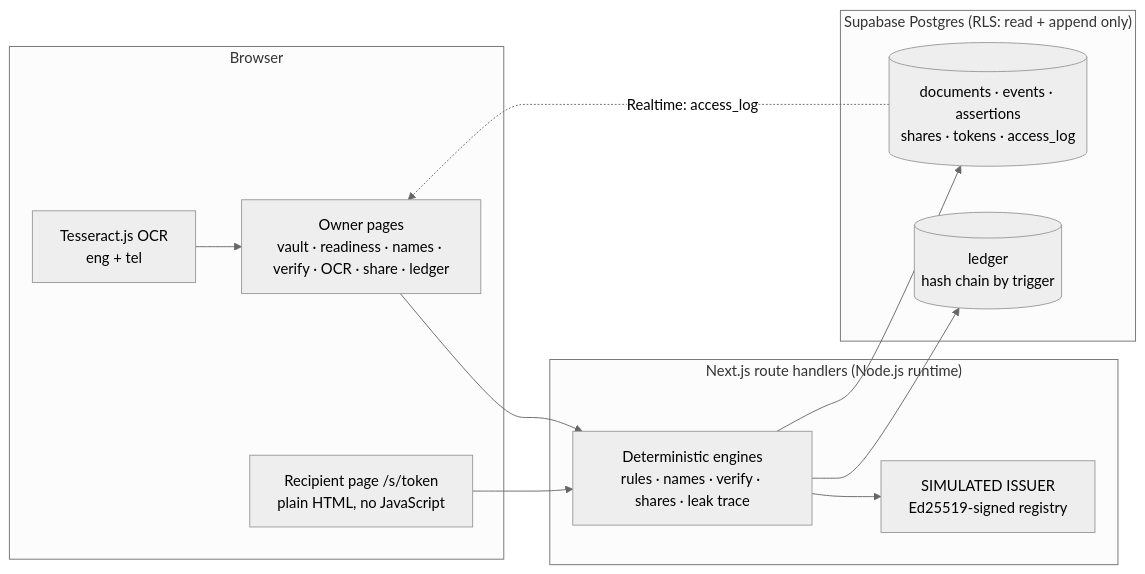
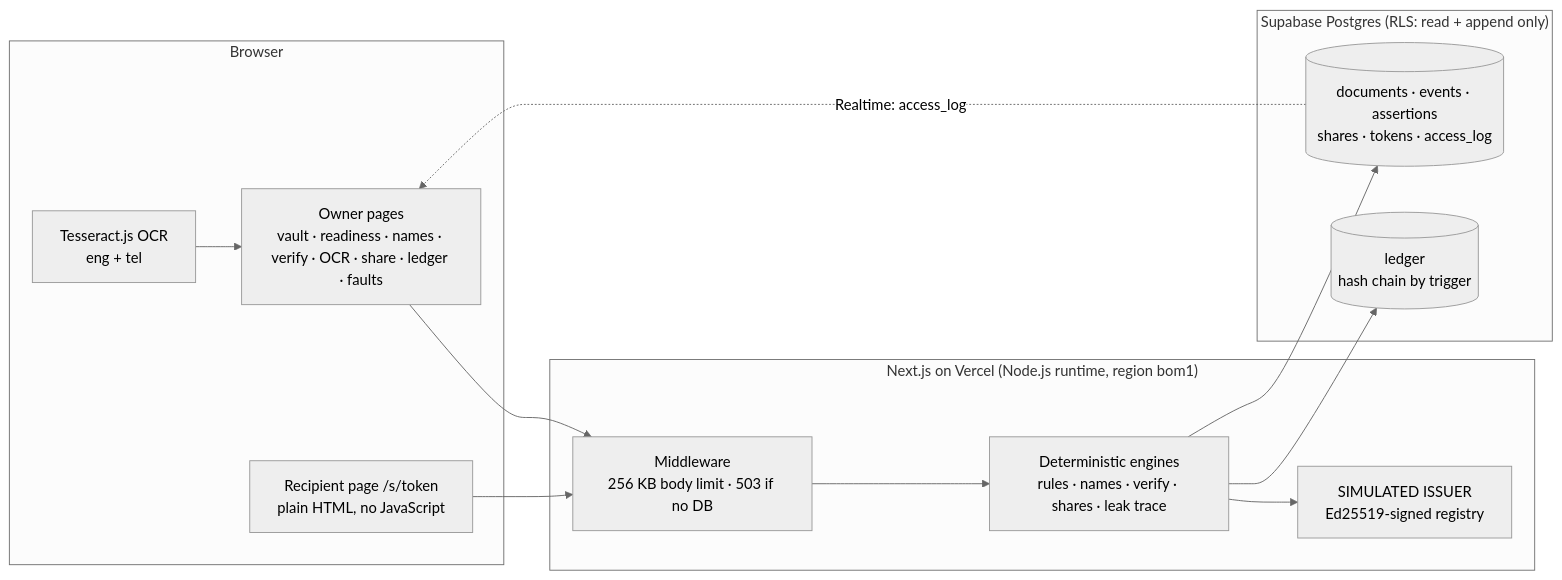
Before and after one commit to Mukesh-240/univault: the third of 3 diagrams in README.md, drawn with Mermaid (neutral theme). The commit also changed other lines of this file and 35 other files, not shown here.

````diff
--- a/README.md
+++ b/README.md
@@ -86,23 +120,25 @@
 ```mermaid
 flowchart LR
   subgraph Browser
-    O[Owner pages<br/>vault · readiness · names · verify · OCR · share · ledger]
+    O[Owner pages<br/>vault · readiness · names · verify · OCR · share · ledger · faults]
     R[Recipient page /s/token<br/>plain HTML, no JavaScript]
     T[Tesseract.js OCR<br/>eng + tel]
   end
-  subgraph Server["Next.js route handlers (Node.js runtime)"]
+  subgraph Server["Next.js on Vercel (Node.js runtime, region bom1)"]
+    M[Middleware<br/>256 KB body limit · 503 if no DB]
     E[Deterministic engines<br/>rules · names · verify · shares · leak trace]
     I[SIMULATED ISSUER<br/>Ed25519-signed registry]
   end
   subgraph DB["Supabase Postgres (RLS: read + append only)"]
     A[(documents · events · assertions<br/>shares · tokens · access_log)]
     L[(ledger<br/>hash chain by trigger)]
   end
-  O --> E
-  R --> E
+  O --> M
+  R --> M
+  M --> E
   T --> O
   E --> I
   E --> A
   E --> L
   A -. Realtime: access_log .-> O
 ```
````
